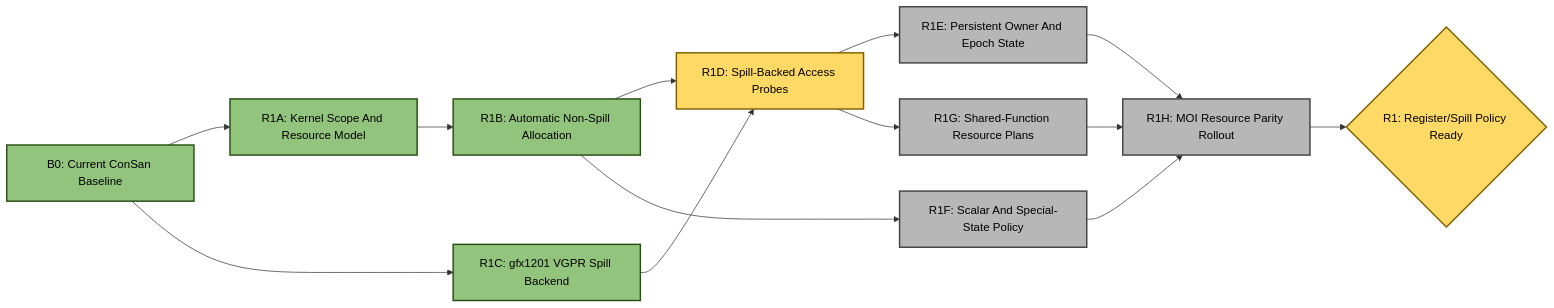
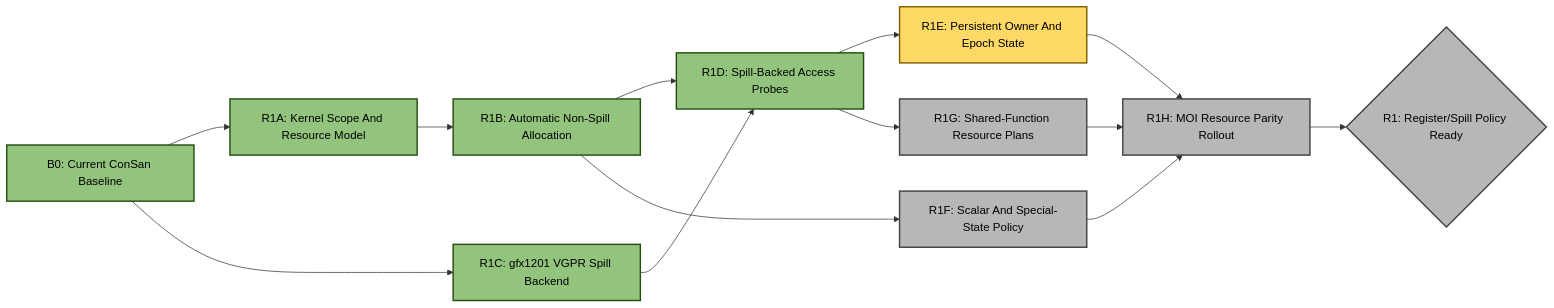
The first of 4 diagrams in emulation/rocjitsu/docs/consan/PLAN.md (ROCm/rocm-systems), drawn with Mermaid before and after one commit. The commit also changed other lines of this file and 13 other files, not shown here.

Commit message:
Add spill-backed MOI access probes

````diff
--- a/emulation/rocjitsu/docs/consan/PLAN.md
+++ b/emulation/rocjitsu/docs/consan/PLAN.md
@@ -85,30 +85,30 @@
 ```mermaid
 flowchart LR
   B0["B0: Current ConSan Baseline"]:::done
   R1A["R1A: Kernel Scope And Resource Model"]:::done
   R1B["R1B: Automatic Non-Spill Allocation"]:::done
   R1C["R1C: gfx1201 VGPR Spill Backend"]:::done
-  R1D["R1D: Spill-Backed Access Probes"]:::active
-  R1E["R1E: Persistent Owner And Epoch State"]:::todo
+  R1D["R1D: Spill-Backed Access Probes"]:::done
+  R1E["R1E: Persistent Owner And Epoch State"]:::active
   R1F["R1F: Scalar And Special-State Policy"]:::todo
   R1G["R1G: Shared-Function Resource Plans"]:::todo
   R1H["R1H: MOI Resource Parity Rollout"]:::todo
-  R1{"R1: Register/Spill Policy Ready"}:::active
+  R1{"R1: Register/Spill Policy Ready"}:::todo
 
   B0 --> R1A
   B0 --> R1C
   R1A --> R1B
   R1B --> R1D
   R1C --> R1D
   R1B --> R1F
   R1D --> R1E
   R1D --> R1G
   R1E --> R1H
   R1F --> R1H
   R1G --> R1H
   R1H --> R1
 
   classDef done fill:#93c47d,stroke:#274e13,stroke-width:2px,color:#000;
   classDef active fill:#ffd966,stroke:#7f6000,stroke-width:2px,color:#000;
   classDef todo fill:#b7b7b7,stroke:#434343,stroke-width:2px,color:#000;
 ```
````
